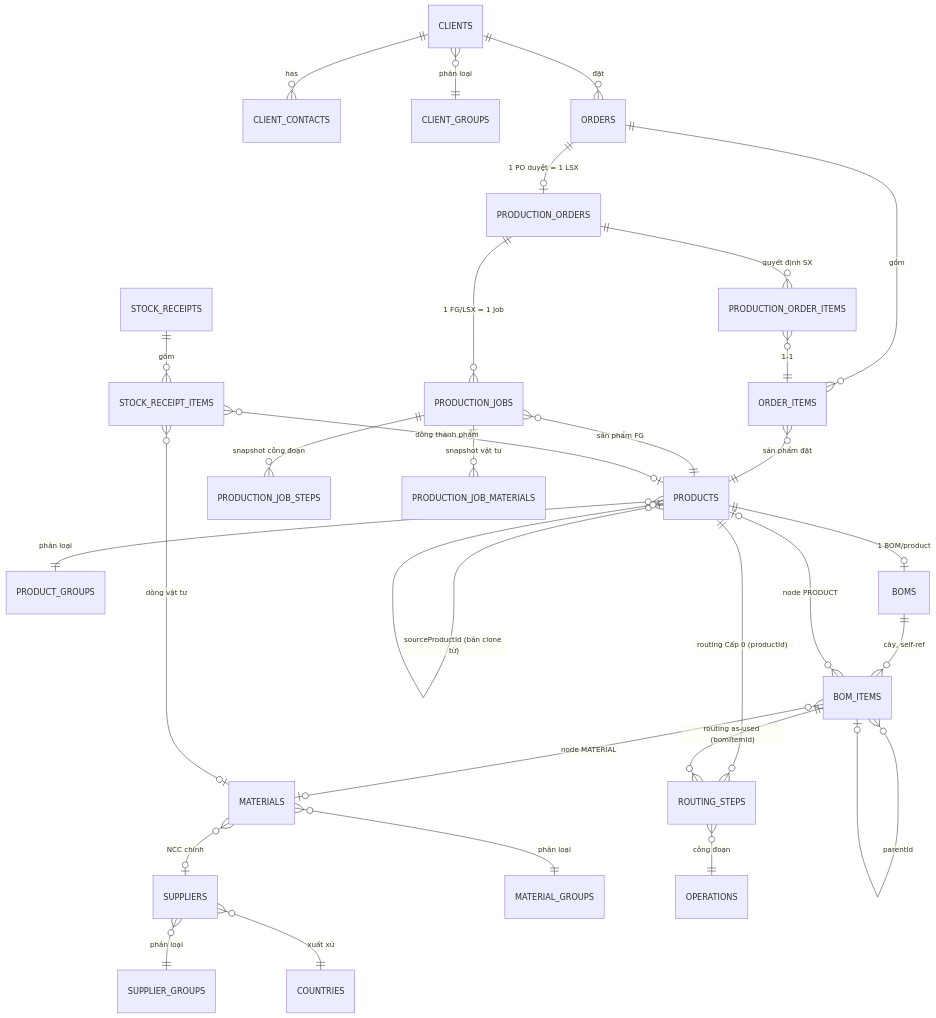
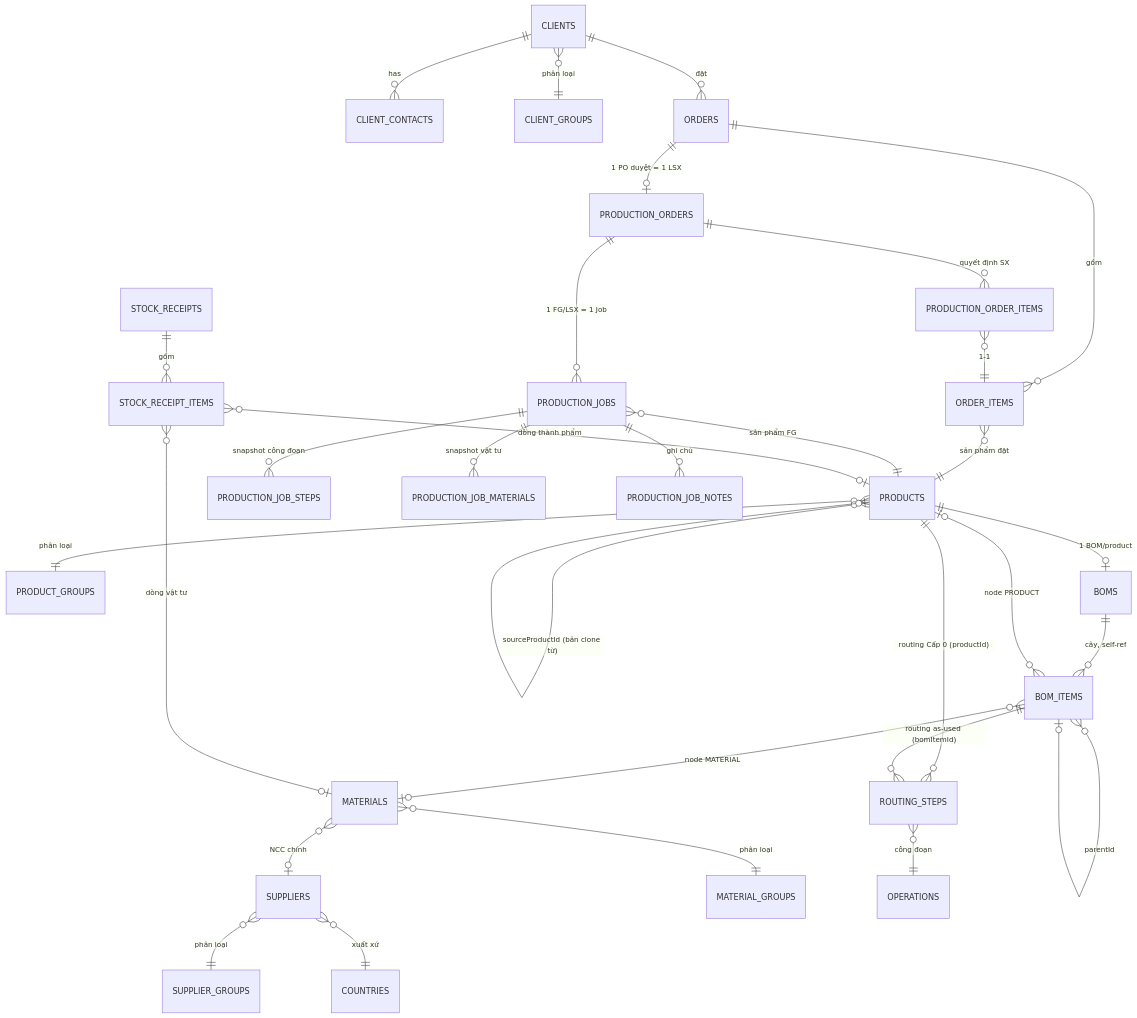
One commit to VoDinhViet/be-quanlysanxuat changed the diagram in docs/architecture.md. Above: the diagram before and after it, drawn with Mermaid. The commit also changed other lines of this file and 69 other files, not shown here.

First line of the commit message:
refactor(db,api): invert users/credentials FK, unify UserRef DTO, add production job notes

````diff
--- a/docs/architecture.md
+++ b/docs/architecture.md
@@ -9,35 +9,36 @@
 ```mermaid
 erDiagram
     CLIENTS ||--o{ CLIENT_CONTACTS : has
     CLIENTS }o--|| CLIENT_GROUPS : "phân loại"
     SUPPLIERS }o--|| SUPPLIER_GROUPS : "phân loại"
     SUPPLIERS }o--|| COUNTRIES : "xuất xứ"
     MATERIALS }o--|| MATERIAL_GROUPS : "phân loại"
     MATERIALS }o--o| SUPPLIERS : "NCC chính"
     PRODUCTS }o--|| PRODUCT_GROUPS : "phân loại"
     PRODUCTS }o--o| PRODUCTS : "sourceProductId (bản clone từ)"
 
     PRODUCTS ||--o| BOMS : "1 BOM/product"
     BOMS ||--o{ BOM_ITEMS : "cây, self-ref"
     BOM_ITEMS }o--o| BOM_ITEMS : "parentId"
     BOM_ITEMS }o--o| PRODUCTS : "node PRODUCT"
     BOM_ITEMS }o--o| MATERIALS : "node MATERIAL"
     PRODUCTS ||--o{ ROUTING_STEPS : "routing Cấp 0 (productId)"
     BOM_ITEMS ||--o{ ROUTING_STEPS : "routing as-used (bomItemId)"
     ROUTING_STEPS }o--|| OPERATIONS : "công đoạn"
 
     CLIENTS ||--o{ ORDERS : đặt
     ORDERS ||--o{ ORDER_ITEMS : gồm
     ORDER_ITEMS }o--|| PRODUCTS : "sản phẩm đặt"
     ORDERS ||--o| PRODUCTION_ORDERS : "1 PO duyệt = 1 LSX"
     PRODUCTION_ORDERS ||--o{ PRODUCTION_ORDER_ITEMS : "quyết định SX"
     PRODUCTION_ORDER_ITEMS }o--|| ORDER_ITEMS : "1-1"
     PRODUCTION_ORDERS ||--o{ PRODUCTION_JOBS : "1 FG/LSX = 1 Job"
     PRODUCTION_JOBS }o--|| PRODUCTS : "sản phẩm FG"
     PRODUCTION_JOBS ||--o{ PRODUCTION_JOB_STEPS : "snapshot công đoạn"
     PRODUCTION_JOBS ||--o{ PRODUCTION_JOB_MATERIALS : "snapshot vật tư"
+    PRODUCTION_JOBS ||--o{ PRODUCTION_JOB_NOTES : "ghi chú"
 
     STOCK_RECEIPTS ||--o{ STOCK_RECEIPT_ITEMS : gồm
     STOCK_RECEIPT_ITEMS }o--o| PRODUCTS : "dòng thành phẩm"
     STOCK_RECEIPT_ITEMS }o--o| MATERIALS : "dòng vật tư"
 ```
````
